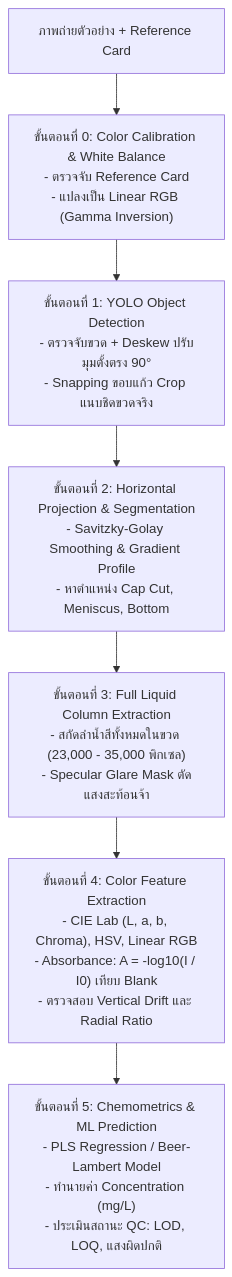
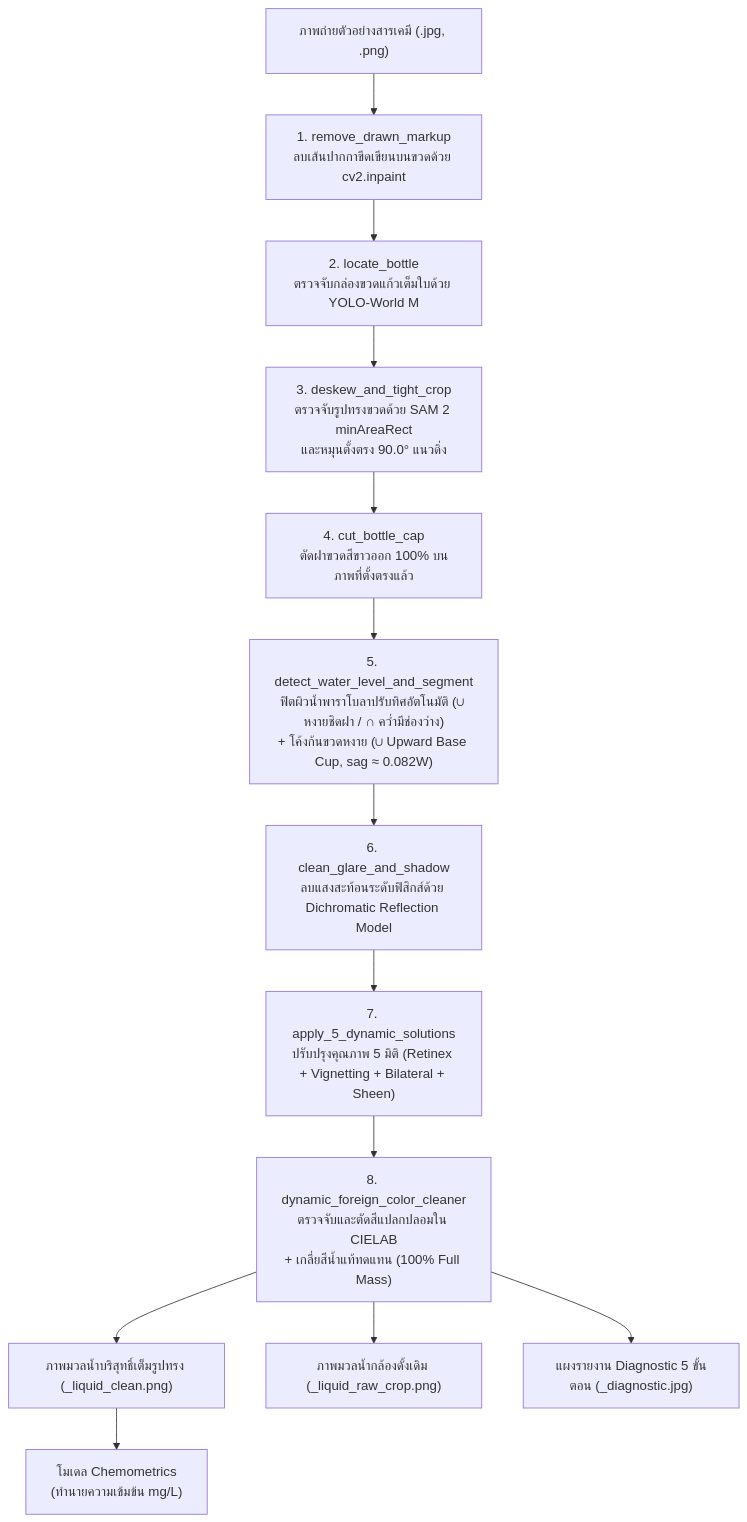
Before and after one commit to 67160213-ux/water_girlfriend: the diagram in README.md, drawn with Mermaid. The commit also changed other lines of this file and 14 other files, not shown here.

Commit message:
feat: integrate SAM 2 deskewing, upward base cup, 5 dynamic solutions, and CIELAB foreign color cleaning & infilling pipeline

````diff
--- a/README.md
+++ b/README.md
@@ -52,9 +78,15 @@
 ```mermaid
 flowchart TD
-    A["ภาพถ่ายตัวอย่าง + Reference Card"] --> B["ขั้นตอนที่ 0: Color Calibration & White Balance<br/>- ตรวจจับ Reference Card<br/>- แปลงเป็น Linear RGB (Gamma Inversion)"]
-    B --> C["ขั้นตอนที่ 1: YOLO Object Detection<br/>- ตรวจจับขวด + Deskew ปรับมุมตั้งตรง 90°<br/>- Snapping ขอบแก้ว Crop แนบชิดขวดจริง"]
-    C --> D["ขั้นตอนที่ 2: Horizontal Projection & Segmentation<br/>- Savitzky-Golay Smoothing & Gradient Profile<br/>- หาตำแหน่ง Cap Cut, Meniscus, Bottom"]
-    D --> E["ขั้นตอนที่ 3: Full Liquid Column Extraction<br/>- สกัดลำน้ำสีทั้งหมดในขวด (23,000 - 35,000 พิกเซล)<br/>- Specular Glare Mask ตัดแสงสะท้อนจ้า"]
-    E --> F["ขั้นตอนที่ 4: Color Feature Extraction<br/>- CIE Lab (L, a, b, Chroma), HSV, Linear RGB<br/>- Absorbance: A = -log10(I / I0) เทียบ Blank<br/>- ตรวจสอบ Vertical Drift และ Radial Ratio"]
-    F --> G["ขั้นตอนที่ 5: Chemometrics & ML Prediction<br/>- PLS Regression / Beer-Lambert Model<br/>- ทำนายค่า Concentration (mg/L)<br/>- ประเมินสถานะ QC: LOD, LOQ, แสงผิดปกติ"]
+    In["ภาพถ่ายตัวอย่างสารเคมี (.jpg, .png)"] --> S1["1. remove_drawn_markup<br/>ลบเส้นปากกาขีดเขียนบนขวดด้วย cv2.inpaint"]
+    S1 --> S2["2. locate_bottle<br/>ตรวจจับกล่องขวดแก้วเต็มใบด้วย YOLO-World M"]
+    S2 --> S3["3. deskew_and_tight_crop<br/>ตรวจจับรูปทรงขวดด้วย SAM 2 minAreaRect<br/>และหมุนตั้งตรง 90.0° แนวดิ่ง"]
+    S3 --> S4["4. cut_bottle_cap<br/>ตัดฝาขวดสีขาวออก 100% บนภาพที่ตั้งตรงแล้ว"]
+    S4 --> S5["5. detect_water_level_and_segment<br/>ฟิตผิวน้ำพาราโบลาปรับทิศอัตโนมัติ (∪ หงายชิดฝา / ∩ คว่ำมีช่องว่าง)<br/>+ โค้งก้นขวดหงาย (∪ Upward Base Cup, sag ≈ 0.082W)"]
+    S5 --> S6["6. clean_glare_and_shadow<br/>ลบแสงสะท้อนระดับฟิสิกส์ด้วย Dichromatic Reflection Model"]
+    S6 --> S7["7. apply_5_dynamic_solutions<br/>ปรับปรุงคุณภาพ 5 มิติ (Retinex + Vignetting + Bilateral + Sheen)"]
+    S7 --> S8["8. dynamic_foreign_color_cleaner<br/>ตรวจจับและตัดสีแปลกปลอมใน CIELAB<br/>+ เกลี่ยสีน้ำแท้ทดแทน (100% Full Mass)"]
+    S8 --> Out1["ภาพมวลน้ำบริสุทธิ์เต็มรูปทรง (_liquid_clean.png)"]
+    S8 --> Out2["ภาพมวลน้ำกล้องดั้งเดิม (_liquid_raw_crop.png)"]
+    S8 --> Out3["แผงรายงาน Diagnostic 5 ขั้นตอน (_diagnostic.jpg)"]
+    Out1 --> ChemModel["โมเดล Chemometrics<br/>(ทำนายความเข้มข้น mg/L)"]
 ```
````
